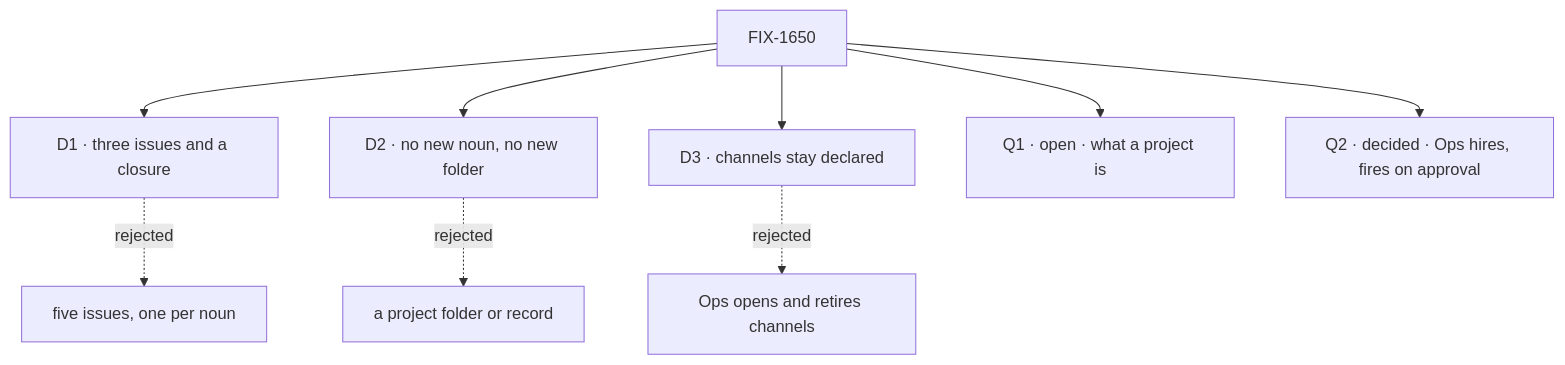
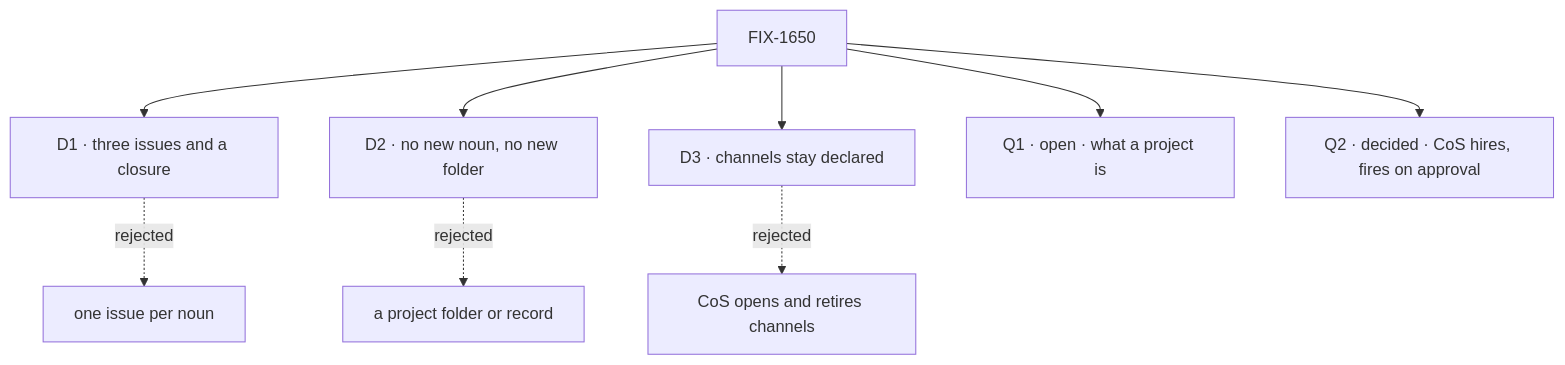
The diagram in specs/epics/FIX-1650/DECISIONS.md (fixpoint-labs/flow-state-dev), drawn with Mermaid before and after one commit. The commit also changed other lines of this file and 11 other files, not shown here.

````diff
--- a/specs/epics/FIX-1650/DECISIONS.md
+++ b/specs/epics/FIX-1650/DECISIONS.md
@@ -14,11 +14,11 @@
 ```mermaid
 flowchart TD
   E["FIX-1650"] --> D1["D1 · three issues and a closure"]
-  D1 -.->|"rejected"| X1["five issues, one per noun"]
+  D1 -.->|"rejected"| X1["one issue per noun"]
   E --> D2["D2 · no new noun, no new folder"]
   D2 -.->|"rejected"| X2["a project folder or record"]
   E --> D3["D3 · channels stay declared"]
-  D3 -.->|"rejected"| X3["Ops opens and retires channels"]
+  D3 -.->|"rejected"| X3["CoS opens and retires channels"]
   E --> Q1["Q1 · open · what a project is"]
-  E --> Q2["Q2 · decided · Ops hires, fires on approval"]
+  E --> Q2["Q2 · decided · CoS hires, fires on approval"]
 ```
````
